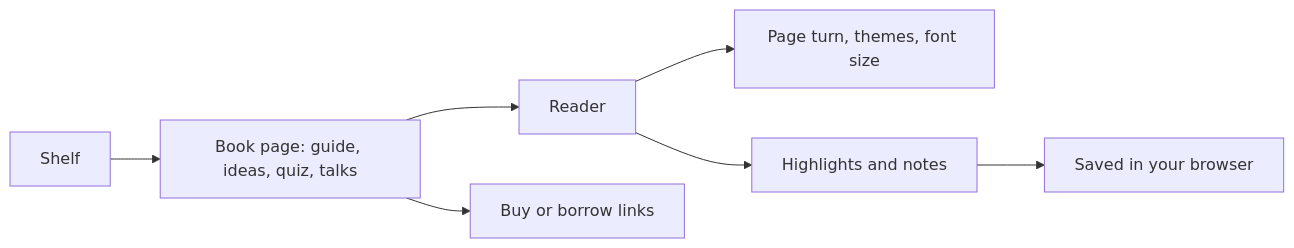
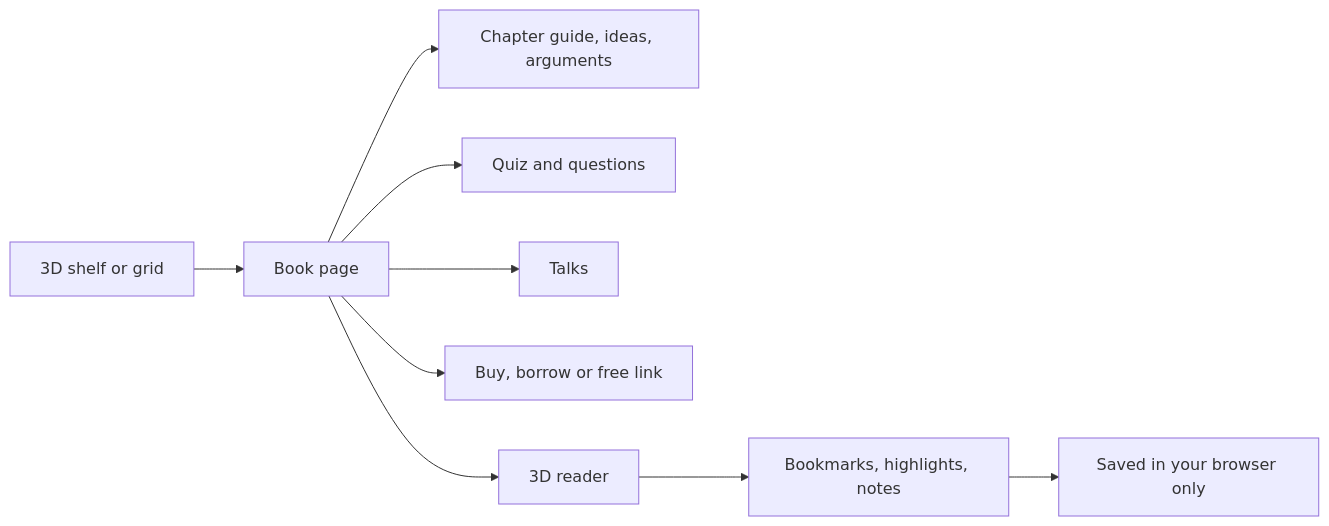
The diagram in future-of-asi/library/README.md (lo3elyon/ASI), drawn with Mermaid before and after one commit. The commit also changed other lines of this file and 1575 other files, not shown here.

Commit message:
Threshold Round 3: categorised menu, GitHub link, offline reading, 10 new routes, WebGL library, 79 titles, 217 researcher and 574 signer photos, 1,386 signers, per page fonts

````diff
--- a/future-of-asi/library/README.md
+++ b/future-of-asi/library/README.md
@@ -48,9 +48,11 @@
 ```mermaid
 flowchart LR
-  A[Shelf] --> B[Book page: guide, ideas, quiz, talks]
-  B --> C[Reader]
-  C --> D[Page turn, themes, font size]
-  C --> E[Highlights and notes]
-  E --> F[Saved in your browser]
-  B --> G[Buy or borrow links]
+  A[3D shelf or grid] --> B[Book page]
+  B --> C[Chapter guide, ideas, arguments]
+  B --> D[Quiz and questions]
+  B --> E[Talks]
+  B --> F[Buy, borrow or free link]
+  B --> G[3D reader]
+  G --> H[Bookmarks, highlights, notes]
+  H --> I[Saved in your browser only]
 ```
````
